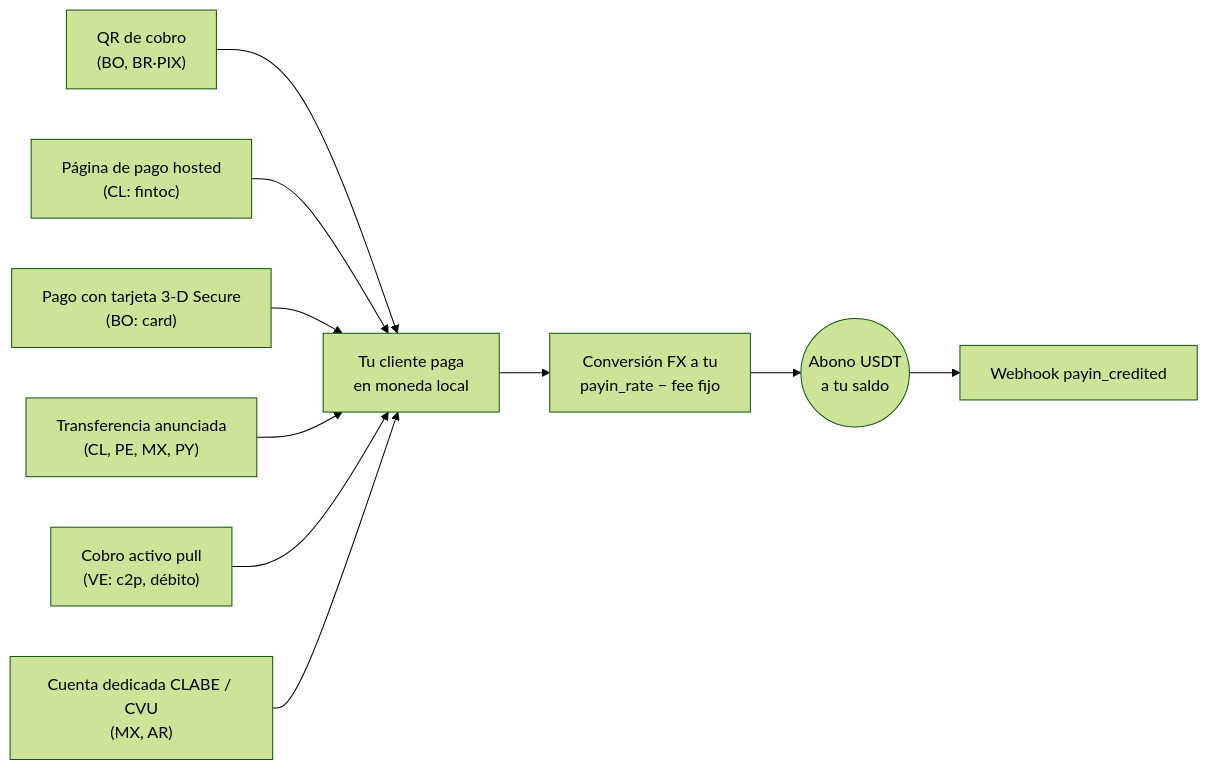
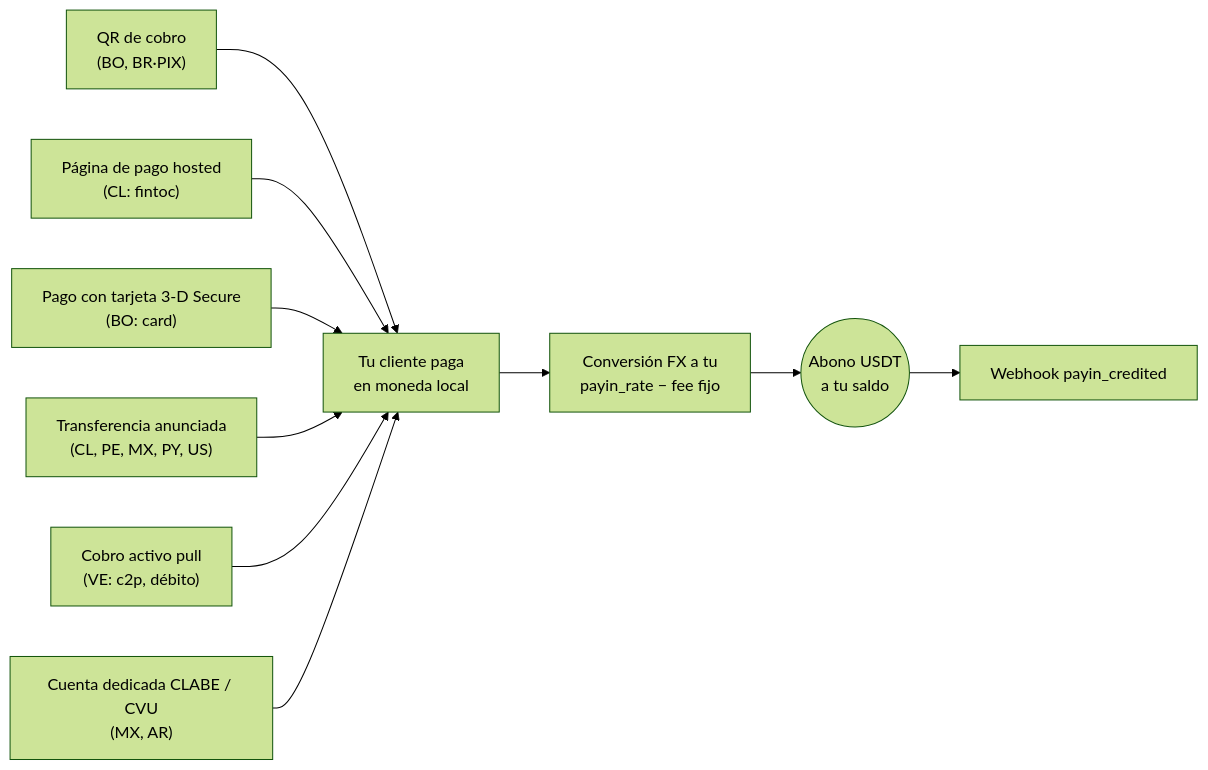
The diagram in es/guias/payins.mdx (SaturoS17/docs), drawn with Mermaid (forest theme) before and after one commit. The commit also changed other lines of this file and 35 other files, not shown here.

````diff
--- a/es/guias/payins.mdx
+++ b/es/guias/payins.mdx
@@ -19,12 +19,12 @@
 ```mermaid
 flowchart LR
     qr["QR de cobro<br/>(BO, BR·PIX)"] --> pago["Tu cliente paga<br/>en moneda local"]
     hosted["Página de pago hosted<br/>(CL: fintoc)"] --> pago
     card["Pago con tarjeta 3-D Secure<br/>(BO: card)"] --> pago
-    anunciada["Transferencia anunciada<br/>(CL, PE, MX, PY)"] --> pago
+    anunciada["Transferencia anunciada<br/>(CL, PE, MX, PY, US)"] --> pago
     pull["Cobro activo pull<br/>(VE: c2p, débito)"] --> pago
     clabe["Cuenta dedicada CLABE / CVU<br/>(MX, AR)"] --> pago
     pago --> conv["Conversión FX a tu<br/>payin_rate − fee fijo"]
     conv --> credito(("Abono USDT<br/>a tu saldo"))
     credito --> wh["Webhook payin_credited"]
 ```
````
